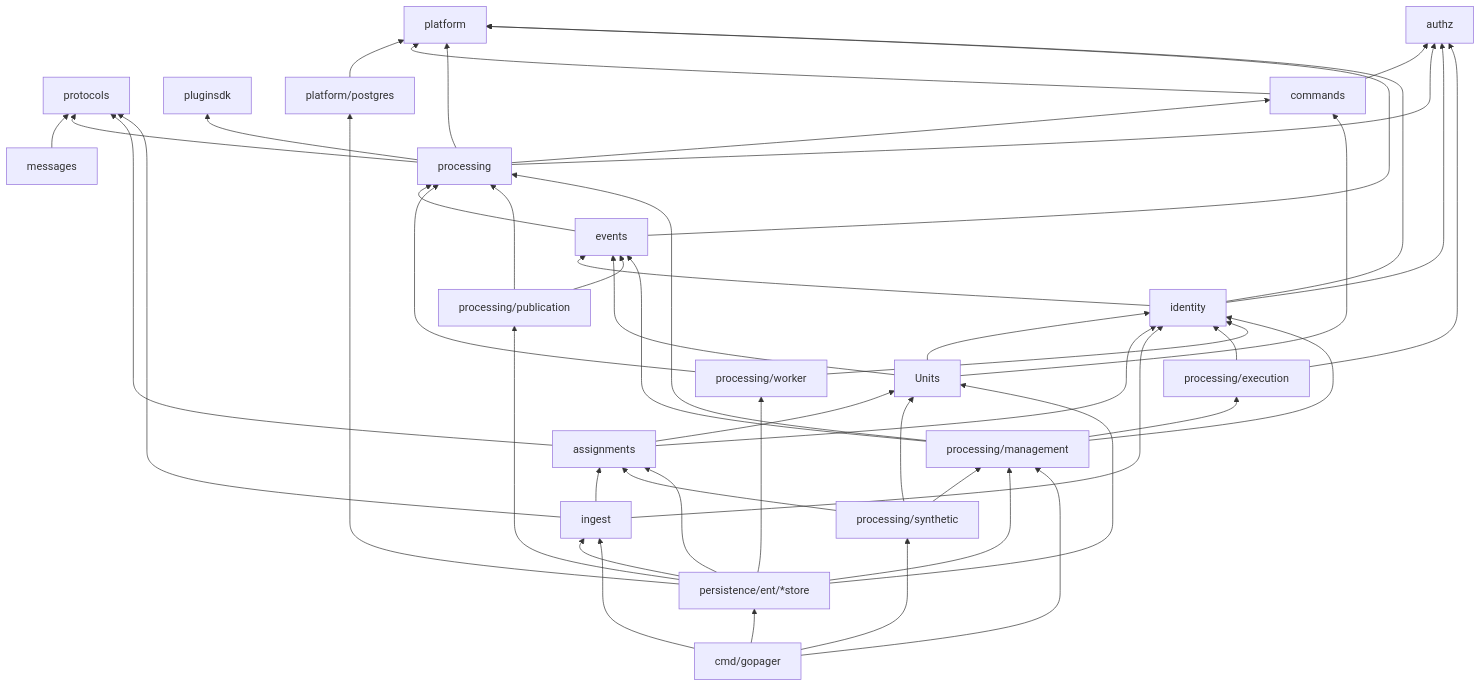
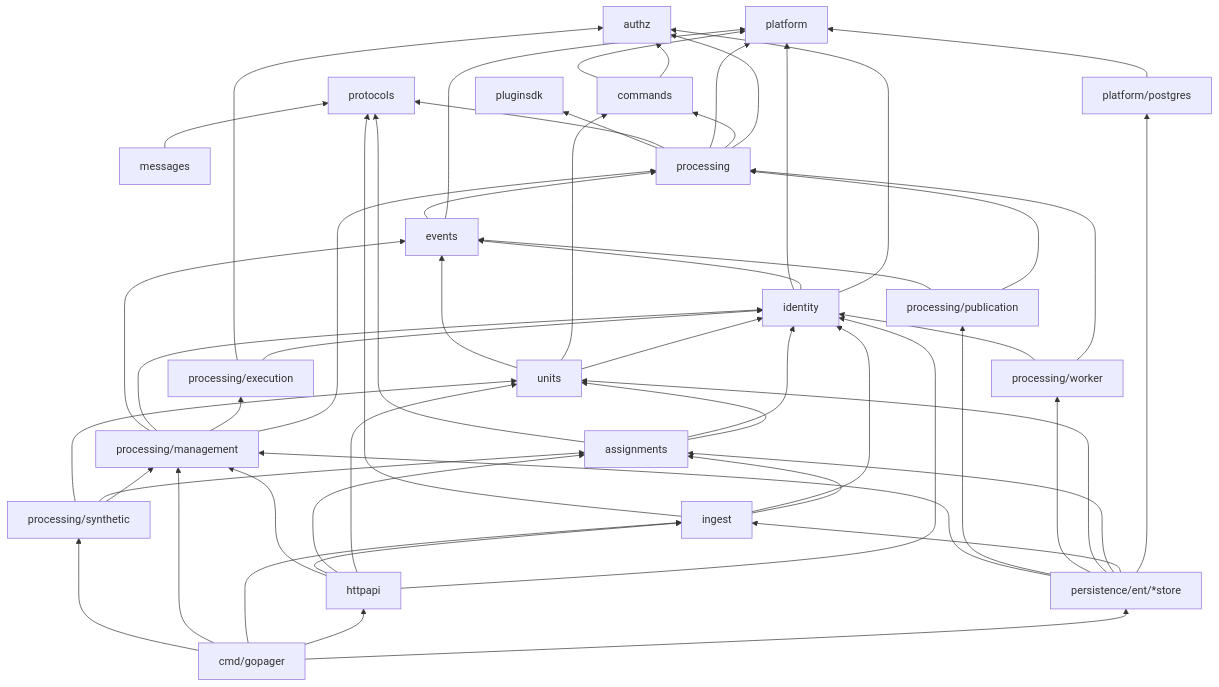
Before and after one commit to gopager/gopager: the third of 6 diagrams in docs/architecture.md, drawn with Mermaid. The commit also changed other lines of this file and 87 other files, not shown here.

First line of the commit message:
D-135 W8: units rename, internal/httpapi, one composition graph, shared WithAuthority

````diff
--- a/docs/architecture.md
+++ b/docs/architecture.md
@@ -124,23 +124,24 @@
 ```mermaid
 flowchart BT
     platform
     authz
     protocols
     pluginsdk
     postgres[platform/postgres] --> platform
     commands --> authz & platform
     messages --> protocols
     processing --> authz & commands & platform & protocols & pluginsdk
     events --> platform & processing
     identity --> authz & events & platform
-    units[Units] --> identity & commands & events
+    units --> identity & commands & events
     assignments --> units & identity & protocols
     ingest --> assignments & identity & protocols
     pexec[processing/execution] --> identity & authz
     pworker[processing/worker] --> processing & identity
     ppub[processing/publication] --> processing & events
     pmgmt[processing/management] --> processing & pexec & identity & events
     psyn[processing/synthetic] --> pmgmt & assignments & units
     stores[persistence/ent/*store] --> postgres & ingest & assignments & units & pworker & ppub & pmgmt
-    cmd[cmd/gopager] --> stores & ingest & pmgmt & psyn
+    httpapi --> identity & units & assignments & ingest & pmgmt
+    cmd[cmd/gopager] --> stores & httpapi & ingest & pmgmt & psyn
 ```
````
